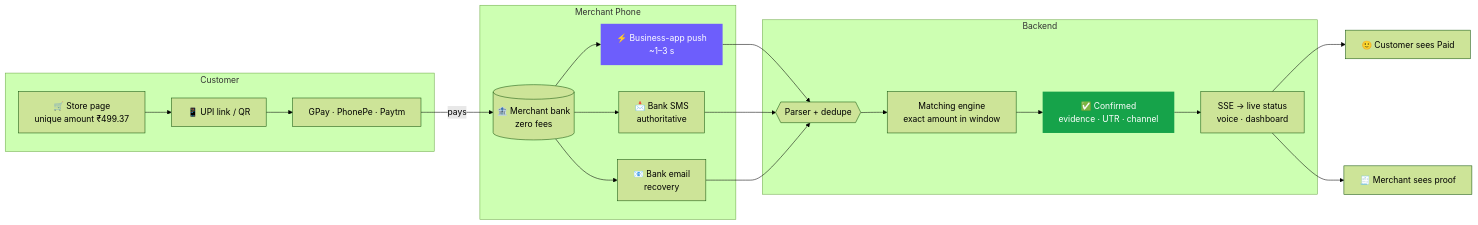
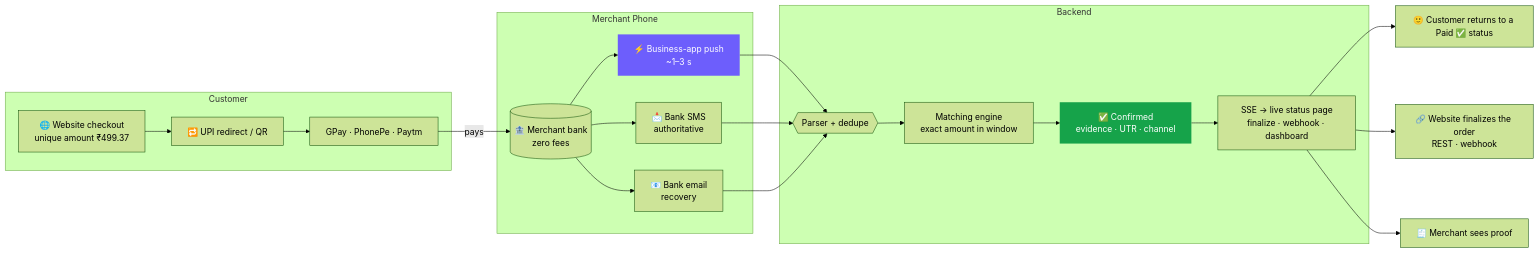
Before and after one commit to aravind220806/Paid_Sure: the first of 2 diagrams in README.md, drawn with Mermaid (forest theme). The commit also changed other lines of this file, not shown here.

First line of the commit message:
docs: README reframe — PaidSure as the UPI payment gateway for websites

````diff
--- a/README.md
+++ b/README.md
@@ -76,29 +78,30 @@
 ```mermaid
 flowchart LR
     subgraph Customer
-        A[🛒 Store page<br/>unique amount ₹499.37] --> B[📱 UPI link / QR]
+        A[🌐 Website checkout<br/>unique amount ₹499.37] --> B[🔁 UPI redirect / QR]
         B --> C[GPay · PhonePe · Paytm]
     end
 
     subgraph Merchant Phone
         C -->|pays| D[(🏦 Merchant bank<br/>zero fees)]
         D --> E[⚡ Business-app push<br/>~1–3 s]
         D --> F[📩 Bank SMS<br/>authoritative]
         D --> G[📧 Bank email<br/>recovery]
     end
 
     subgraph Backend
         E & F & G --> H{{Parser + dedupe}}
         H --> I[Matching engine<br/>exact amount in window]
         I --> J[✅ Confirmed<br/>evidence · UTR · channel]
-        J --> K[SSE → live status<br/>voice · dashboard]
+        J --> K[SSE → live status page<br/>finalize · webhook · dashboard]
     end
 
-    K --> L[🙂 Customer sees Paid]
+    K --> L[🙂 Customer returns to a Paid ✅ status]
+    K --> N[🔗 Website finalizes the order<br/>REST · webhook]
     K --> M[🧾 Merchant sees proof]
 
     classDef fast fill:#6D5EFC,color:#fff,stroke:none
     classDef ok fill:#16A34A,color:#fff,stroke:none
     class E fast
     class J ok
 ```
````
